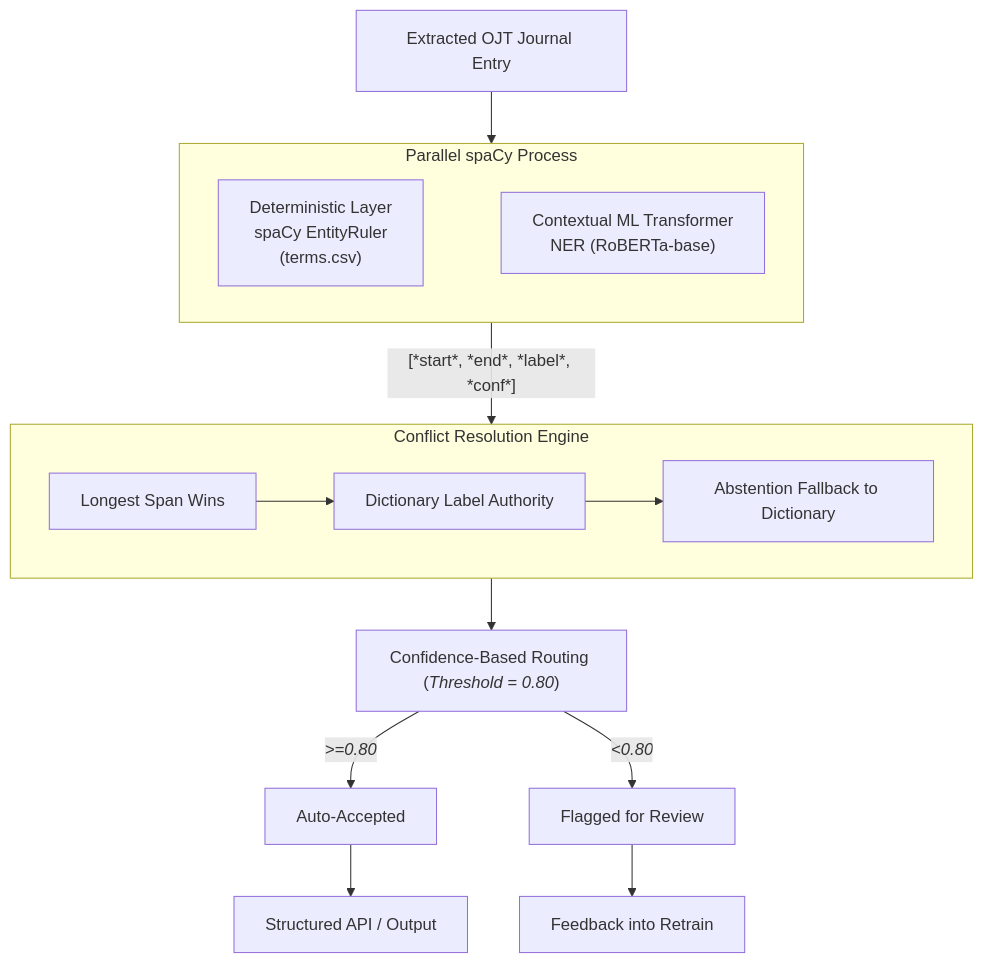
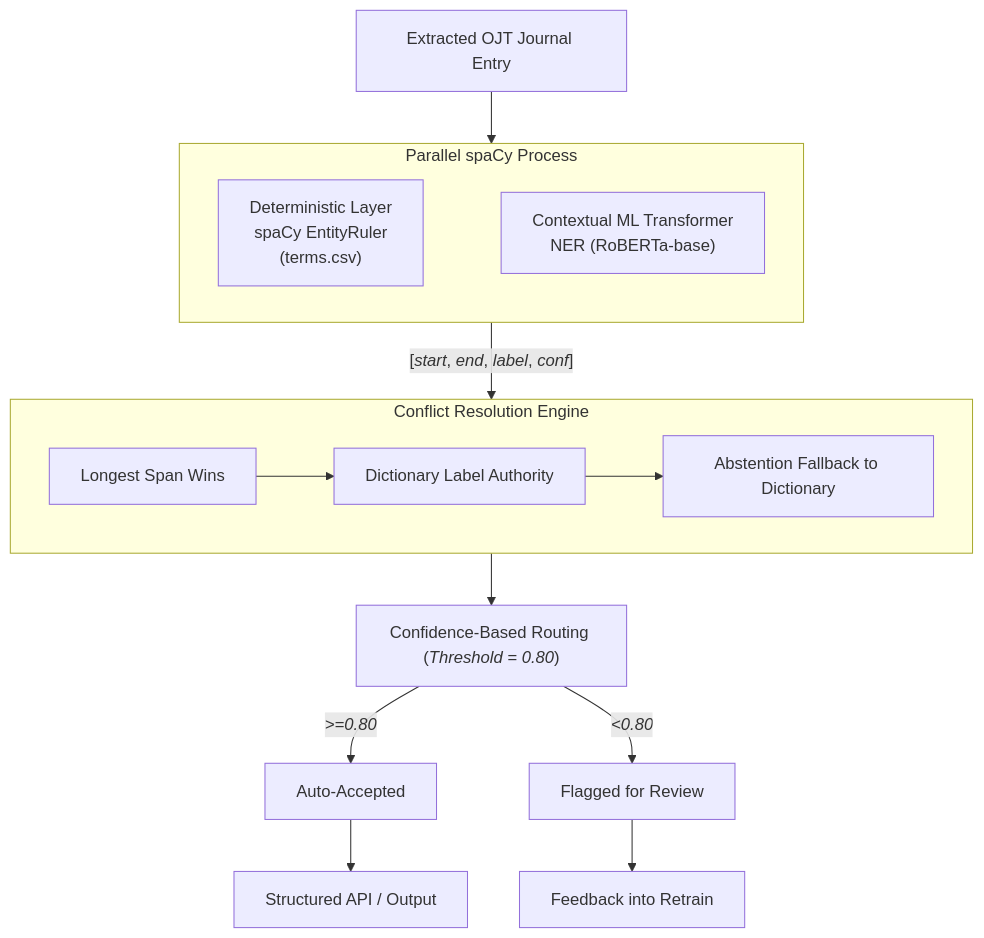
Before and after one commit to caineirb/spaCy-training: the diagram in README.md, drawn with Mermaid. The commit also changed other lines of this file and 59 other files, not shown here.

````diff
--- a/README.md
+++ b/README.md
@@ -18,33 +18,33 @@
 ```mermaid
 flowchart TB
   Text["Extracted OJT Journal Entry"]
 
   subgraph spaCyProcess["Parallel spaCy Process"]
     direction LR
     Layer1["Deterministic Layer<br/>spaCy EntityRuler<br/>(terms.csv)"]
     Layer2["Contextual ML Transformer<br/>NER (RoBERTa-base)"]
     Layer1 ~~~ Layer2
   end
 
   subgraph ConflictEngine["Conflict Resolution Engine"]
     direction LR
     id1["Longest Span Wins"]
     id2["Dictionary Label Authority"]
     id3["Abstention Fallback to Dictionary"]
     id1 --> id2 --> id3
   end
 
   Routing["`Confidence-Based Routing (*Threshold = 0.80*)`"]
   Accept["Auto-Accepted"]
   Review["Flagged for Review"]
   Output["Structured API / Output"]
   Retrain["Feedback into Retrain"]
 
   Text --> spaCyProcess
-  spaCyProcess -->|"[*start*, *end*, *label*, *conf*]"| ConflictEngine
+  spaCyProcess -->|"`[*start*, *end*, *label*, *conf*]`"| ConflictEngine
   ConflictEngine --> Routing
   Routing -->|"`*>=0.80*`"| Accept
   Routing -->|"`*<0.80*`"| Review
   Accept --> Output
   Review --> Retrain
 ```
````
